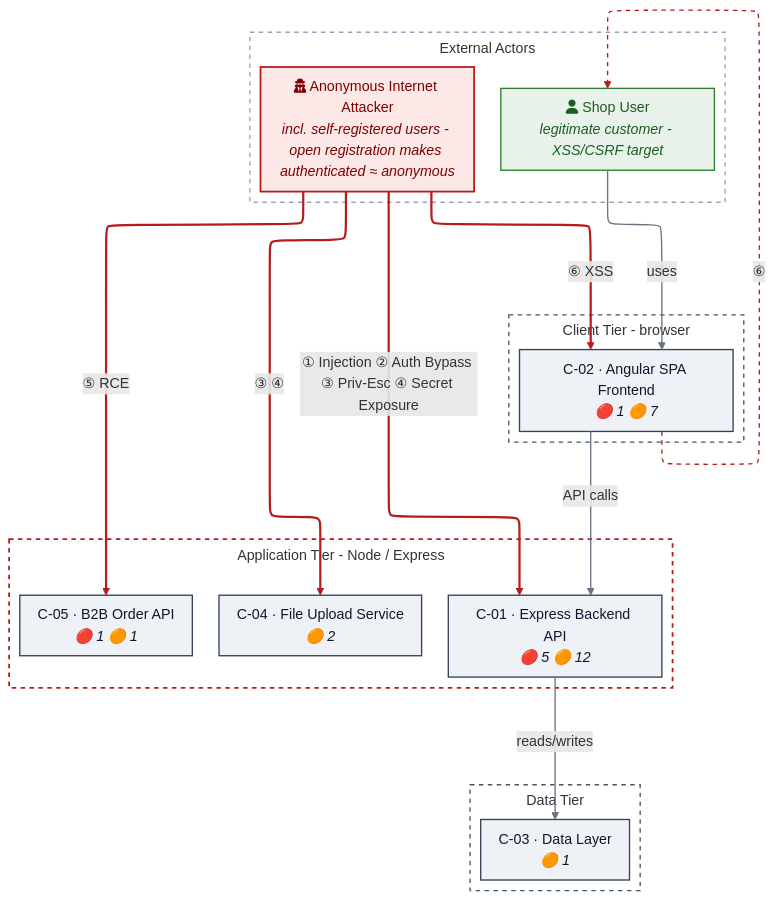
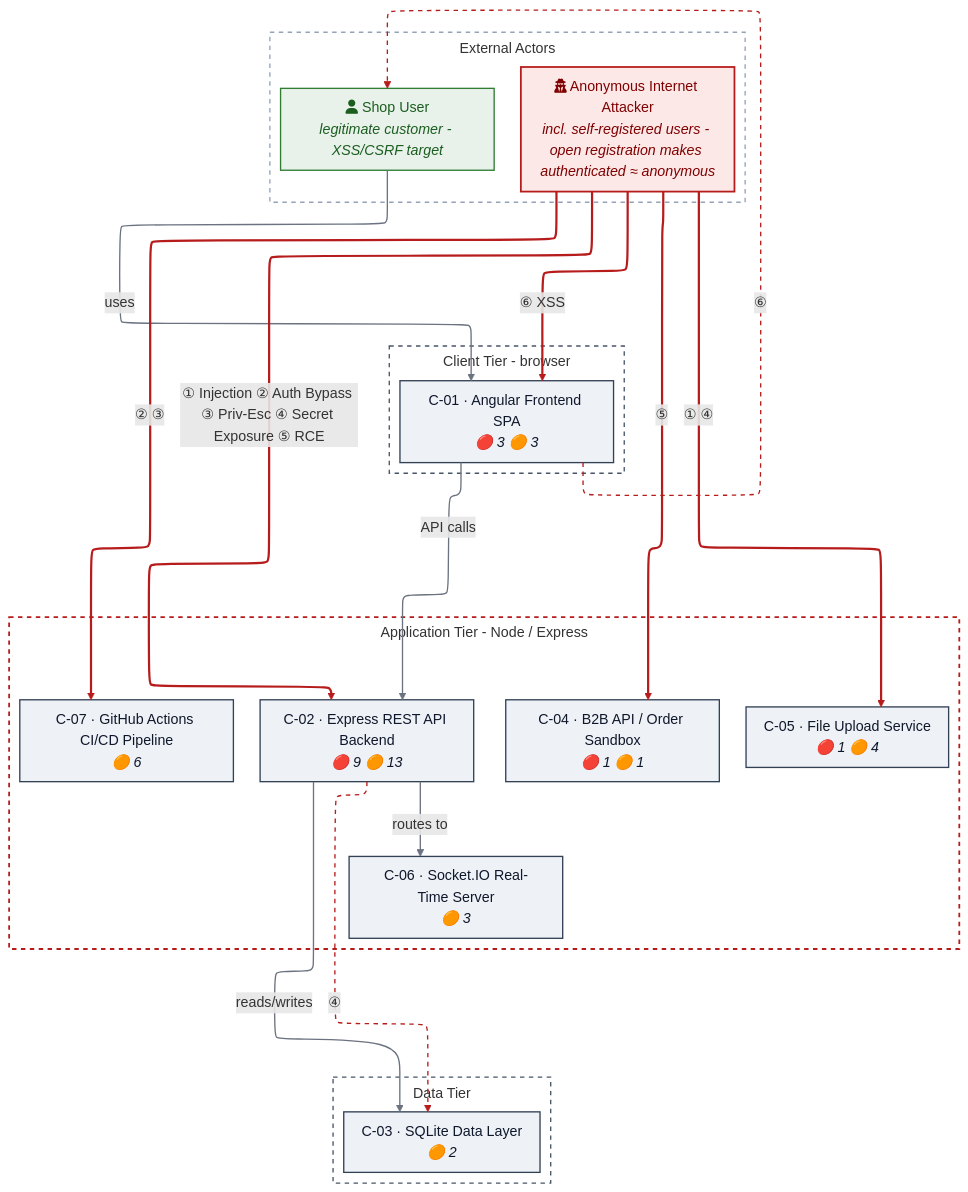
One commit to appsec-foundry/appsec-advisor changed the first of 27 diagrams in examples/threat-modeler/threat-model-juice-shop-standard.md. Above: the diagram before and after it, drawn with Mermaid. The commit also changed other lines of this file and 3 other files, not shown here.

````diff
--- a/examples/threat-modeler/threat-model-juice-shop-standard.md
+++ b/examples/threat-modeler/threat-model-juice-shop-standard.md
@@ -114,46 +143,60 @@
 ```mermaid
 %%{init: {"flowchart": {"defaultRenderer": "elk", "nodeSpacing": 34, "rankSpacing": 52, "padding": 10, "subGraphTitleMargin": {"top": 6, "bottom": 6}}} }%%
 flowchart TB
     subgraph ZONE_ACTORS["External Actors"]
         direction LR
         EXT_SHOPUSER["fa:fa-user Shop User<br/><i>legitimate customer - XSS/CSRF target</i>"]:::actorgood
         ACT_INTERNET_ANON["fa:fa-user-secret Anonymous Internet Attacker<br/><i>incl. self-registered users - open registration makes authenticated ≈ anonymous</i>"]:::actorbad
     end
 
     subgraph CLIENT["Client Tier - browser"]
-        CMP_ANGULAR_SPA["C-02 · Angular SPA Frontend<br/><i>🔴 1 🟠 7</i>"]:::comp
+        CMP_FRONTEND_SPA["C-01 · Angular Frontend SPA<br/><i>🔴 3 🟠 3</i>"]:::comp
     end
     subgraph APP["Application Tier - Node / Express"]
-        CMP_EXPRESS_BACKEND["C-01 · Express Backend API<br/><i>🔴 5 🟠 12</i>"]:::comp
-        CMP_FILE_UPLOAD_SERVICE["C-04 · File Upload Service<br/><i>🟠 2</i>"]:::comp
-        CMP_B2B_API["C-05 · B2B Order API<br/><i>🔴 1 🟠 1</i>"]:::comp
+        CMP_BACKEND_API["C-02 · Express REST API Backend<br/><i>🔴 9 🟠 13</i>"]:::comp
+        CMP_B2B_API["C-04 · B2B API / Order Sandbox<br/><i>🔴 1 🟠 1</i>"]:::comp
+        CMP_FILE_UPLOAD_SERVICE["C-05 · File Upload Service<br/><i>🔴 1 🟠 4</i>"]:::comp
+        CMP_SOCKETIO_SERVER["C-06 · Socket.IO Real-Time Server<br/><i>🟠 3</i>"]:::comp
+        CMP_CI_CD_PIPELINE["C-07 · GitHub Actions CI/CD Pipeline<br/><i>🟠 6</i>"]:::comp
     end
     subgraph DATA["Data Tier"]
-        CMP_DATA_LAYER["C-03 · Data Layer<br/><i>🟠 1</i>"]:::comp
+        CMP_DATA_PERSISTENCE["C-03 · SQLite Data Layer<br/><i>🟠 2</i>"]:::comp
     end
 
     %% legitimate request flow
-    EXT_SHOPUSER -->|"uses"| CMP_ANGULAR_SPA
-    CMP_ANGULAR_SPA -->|"API calls"| CMP_EXPRESS_BACKEND
-    CMP_EXPRESS_BACKEND -->|"reads/writes"| CMP_DATA_LAYER
+    EXT_SHOPUSER -->|"uses"| CMP_FRONTEND_SPA
+    CMP_FRONTEND_SPA -->|"API calls"| CMP_BACKEND_API
+    CMP_BACKEND_API -->|"reads/writes"| CMP_DATA_PERSISTENCE
+    CMP_BACKEND_API -->|"routes to"| CMP_SOCKETIO_SERVER
     %% attacks (solid) - each originates at a threat actor; glyphs match Figure 2 / Top Threats
-    ACT_INTERNET_ANON ==>|"① Injection ② Auth Bypass ③ Priv-Esc ④ Secret Exposure"| CMP_EXPRESS_BACKEND
-    ACT_INTERNET_ANON ==>|"③ ④"| CMP_FILE_UPLOAD_SERVICE
-    ACT_INTERNET_ANON ==>|"⑤ RCE"| CMP_B2B_API
-    ACT_INTERNET_ANON ==>|"⑥ XSS"| CMP_ANGULAR_SPA
+    ACT_INTERNET_ANON ==>|"① Injection ② Auth Bypass ③ Priv-Esc ④ Secret Exposure ⑤ RCE"| CMP_BACKEND_API
+    ACT_INTERNET_ANON ==>|"① ④"| CMP_FILE_UPLOAD_SERVICE
+    ACT_INTERNET_ANON ==>|"② ③"| CMP_CI_CD_PIPELINE
+    ACT_INTERNET_ANON ==>|"⑤"| CMP_B2B_API
+    ACT_INTERNET_ANON ==>|"⑥ XSS"| CMP_FRONTEND_SPA
     %% propagation (dotted) - how the attack reaches the data tier / victim
-    CMP_ANGULAR_SPA -.->|"⑥"| EXT_SHOPUSER
+    CMP_BACKEND_API -.->|"④"| CMP_DATA_PERSISTENCE
+    CMP_FRONTEND_SPA -.->|"⑥"| EXT_SHOPUSER
+    %% invisible barycenter-balancing edges - center the client/data tiers under the app row (no glyph, no linkStyle → rendered as no line)
+    CMP_B2B_API ~~~ CMP_DATA_PERSISTENCE
+    CMP_FILE_UPLOAD_SERVICE ~~~ CMP_DATA_PERSISTENCE
+    CMP_SOCKETIO_SERVER ~~~ CMP_DATA_PERSISTENCE
+    CMP_CI_CD_PIPELINE ~~~ CMP_DATA_PERSISTENCE
+    CMP_FRONTEND_SPA ~~~ CMP_B2B_API
+    CMP_FRONTEND_SPA ~~~ CMP_FILE_UPLOAD_SERVICE
+    CMP_FRONTEND_SPA ~~~ CMP_SOCKETIO_SERVER
+    CMP_FRONTEND_SPA ~~~ CMP_CI_CD_PIPELINE
 
     style CLIENT fill:none,stroke:#475569,stroke-width:1.5px,stroke-dasharray:5
     style APP fill:none,stroke:#b71c1c,stroke-width:2px,stroke-dasharray:5
     style DATA fill:none,stroke:#475569,stroke-width:1.5px,stroke-dasharray:5
     style ZONE_ACTORS fill:none,stroke:#94a3b8,stroke-width:1.5px,stroke-dasharray:5
     classDef comp fill:#eef2f7,stroke:#334155,color:#0f172a,stroke-width:1.5px
     classDef compmuted fill:#f8fafc,stroke:#cbd5e1,color:#64748b,stroke-width:1px,font-size:9px
     classDef ext  fill:#ffffff,stroke:#94a3b8,color:#334155,stroke-width:1.5px
     classDef actorbad  fill:#fde8e8,stroke:#b71c1c,color:#7f0000,stroke-width:2px
     classDef actorgood fill:#e8f1ea,stroke:#2e7d32,color:#1b5e20,stroke-width:1.5px
-    linkStyle 0,1,2 stroke:#6b7280,stroke-width:1.5px
-    linkStyle 3,4,5,6 stroke:#b71c1c,stroke-width:2.5px
-    linkStyle 7 stroke:#b71c1c,stroke-width:1.5px,stroke-dasharray:5
+    linkStyle 0,1,2,3 stroke:#6b7280,stroke-width:1.5px
+    linkStyle 4,5,6,7,8 stroke:#b71c1c,stroke-width:2.5px
+    linkStyle 9,10 stroke:#b71c1c,stroke-width:1.5px,stroke-dasharray:5
 ```
````
